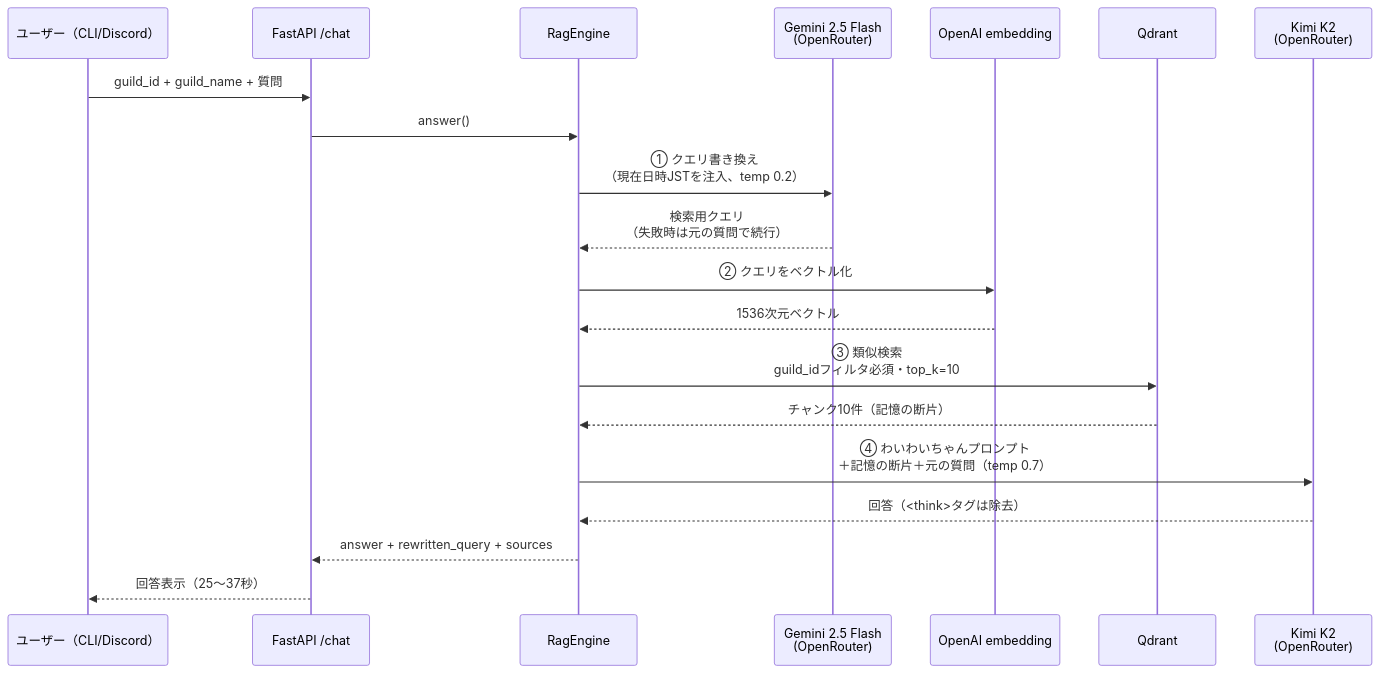
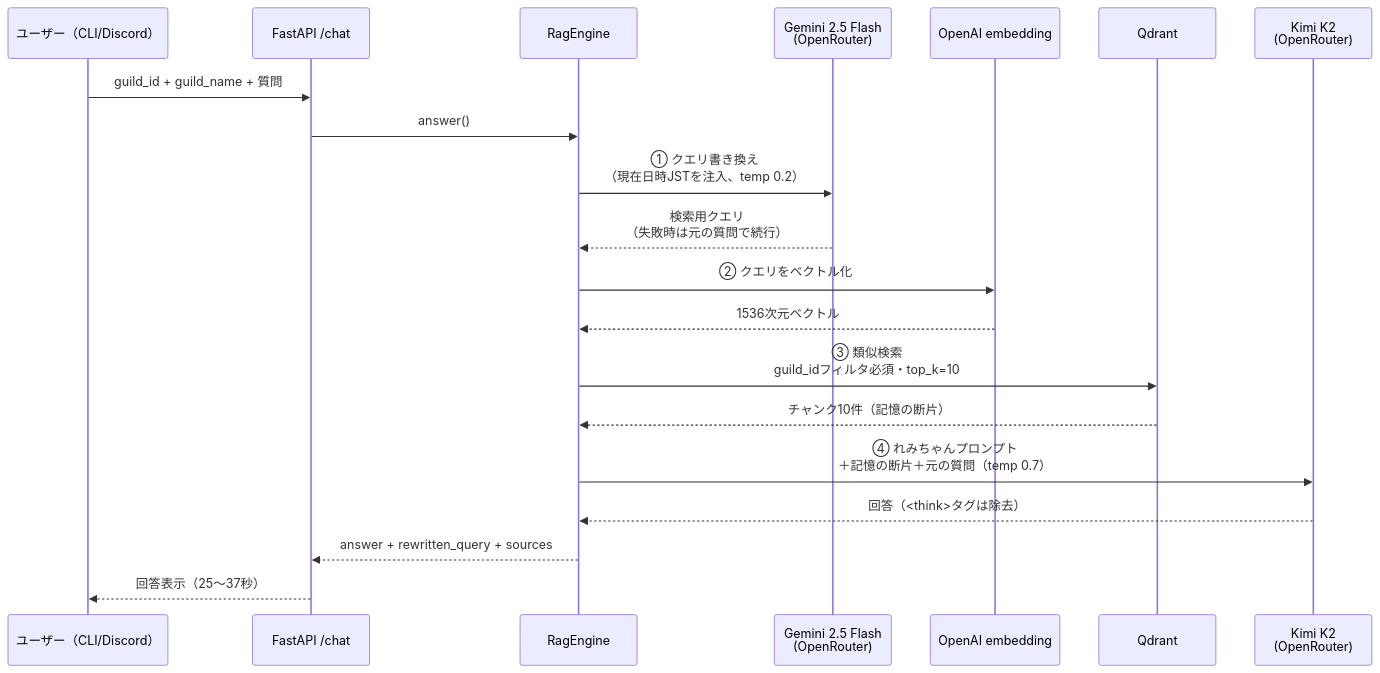
The fourth of 4 diagrams in docs/DIAGRAMS.md (aigamoid/remember), drawn with Mermaid before and after one commit.

Commit message:
docs(OI-15): DIAGRAMS.md のプロンプト記述を更新

````diff
--- a/docs/DIAGRAMS.md
+++ b/docs/DIAGRAMS.md
@@ -100,23 +100,23 @@
 ```mermaid
 sequenceDiagram
     participant U as ユーザー（CLI/Discord）
     participant A as FastAPI /chat
     participant E as RagEngine
     participant G as Gemini 2.5 Flash<br>(OpenRouter)
     participant O as OpenAI embedding
     participant Q as Qdrant
     participant K as Kimi K2<br>(OpenRouter)
 
     U->>A: guild_id + guild_name + 質問
     A->>E: answer()
     E->>G: ① クエリ書き換え<br>（現在日時JSTを注入、temp 0.2）
     G-->>E: 検索用クエリ<br>（失敗時は元の質問で続行）
     E->>O: ② クエリをベクトル化
     O-->>E: 1536次元ベクトル
     E->>Q: ③ 類似検索<br>guild_idフィルタ必須・top_k=10
     Q-->>E: チャンク10件（記憶の断片）
-    E->>K: ④ わいわいちゃんプロンプト<br>＋記憶の断片＋元の質問（temp 0.7）
+    E->>K: ④ れみちゃんプロンプト<br>＋記憶の断片＋元の質問（temp 0.7）
     K-->>E: 回答（<think>タグは除去）
     E-->>A: answer + rewritten_query + sources
     A-->>U: 回答表示（25〜37秒）
 ```
````
